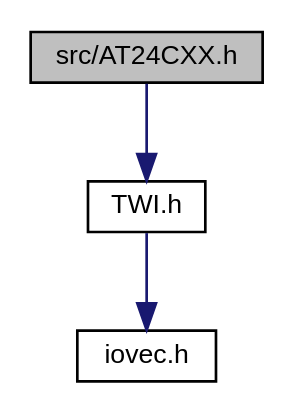
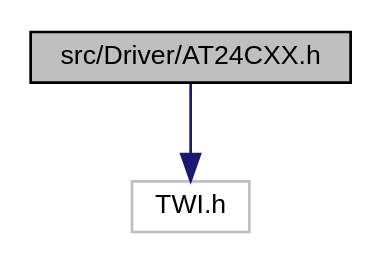
Before and after one commit to mikaelpatel/mikaelpatel.github.io: the diagram in Arduino-TWI/d1/d8d/AT24CXX_8h__incl.dot, drawn with Graphviz. The commit also changed 144 other files, not shown here.

```diff
--- a/Arduino-TWI/d1/d8d/AT24CXX_8h__incl.dot
+++ b/Arduino-TWI/d1/d8d/AT24CXX_8h__incl.dot
@@ -1,10 +1,8 @@
-digraph "src/AT24CXX.h"
+digraph "src/Driver/AT24CXX.h"
 {
   edge [fontname="Helvetica",fontsize="10",labelfontname="Helvetica",labelfontsize="10"];
   node [fontname="Helvetica",fontsize="10",shape=record];
-  Node1 [label="src/AT24CXX.h",height=0.2,width=0.4,color="black", fillcolor="grey75", style="filled", fontcolor="black"];
+  Node1 [label="src/Driver/AT24CXX.h",height=0.2,width=0.4,color="black", fillcolor="grey75", style="filled", fontcolor="black"];
   Node1 -> Node2 [color="midnightblue",fontsize="10",style="solid",fontname="Helvetica"];
-  Node2 [label="TWI.h",height=0.2,width=0.4,color="black", fillcolor="white", style="filled",URL="$d7/d67/TWI_8h.html"];
-  Node2 -> Node3 [color="midnightblue",fontsize="10",style="solid",fontname="Helvetica"];
-  Node3 [label="iovec.h",height=0.2,width=0.4,color="black", fillcolor="white", style="filled",URL="$d6/dbc/iovec_8h.html"];
+  Node2 [label="TWI.h",height=0.2,width=0.4,color="grey75", fillcolor="white", style="filled"];
 }
```
